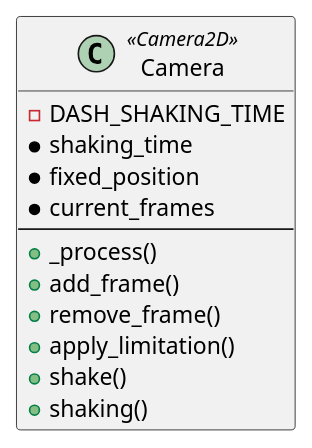
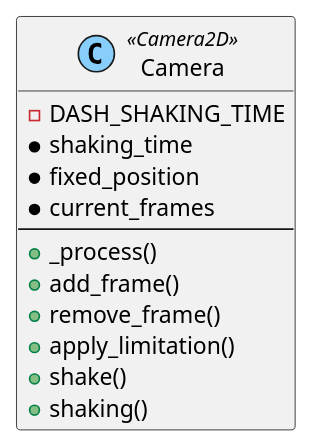
The diagram in content/scenes/src/player/camera/camera.tscn.adoc (tkmfujise/Platformer-Game-Learning), drawn with PlantUML before and after one commit. The commit also changed 69 other files, not shown here.

Commit message:
Change scene diagram class color

```diff
--- a/content/scenes/src/player/camera/camera.tscn.adoc
+++ b/content/scenes/src/player/camera/camera.tscn.adoc
@@ -9,18 +9,18 @@
 [plantuml]
 ....
-class ROOT as "Camera" <<Camera2D>> {
+class ROOT as "Camera" <<(C,lightskyblue) Camera2D>> {
   - DASH_SHAKING_TIME
   * shaking_time
   * fixed_position
   * current_frames
 ---
   + _process()
   + add_frame()
   + remove_frame()
   + apply_limitation()
   + shake()
   + shaking()
 }
 left to right direction
 
 ....
```
